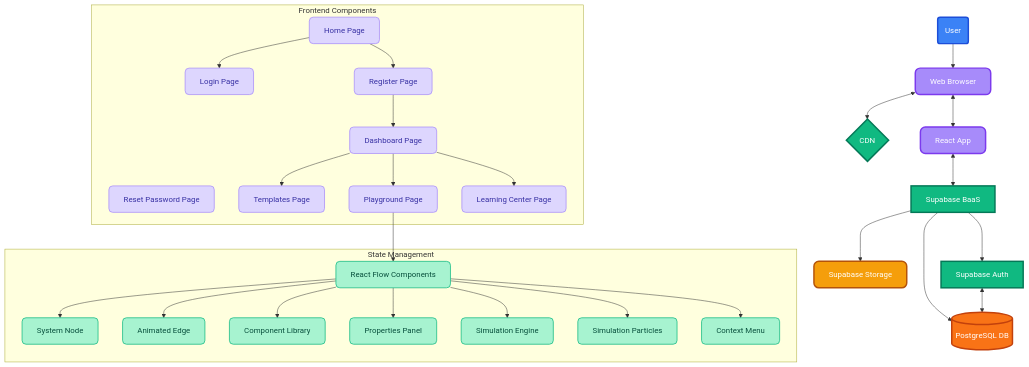
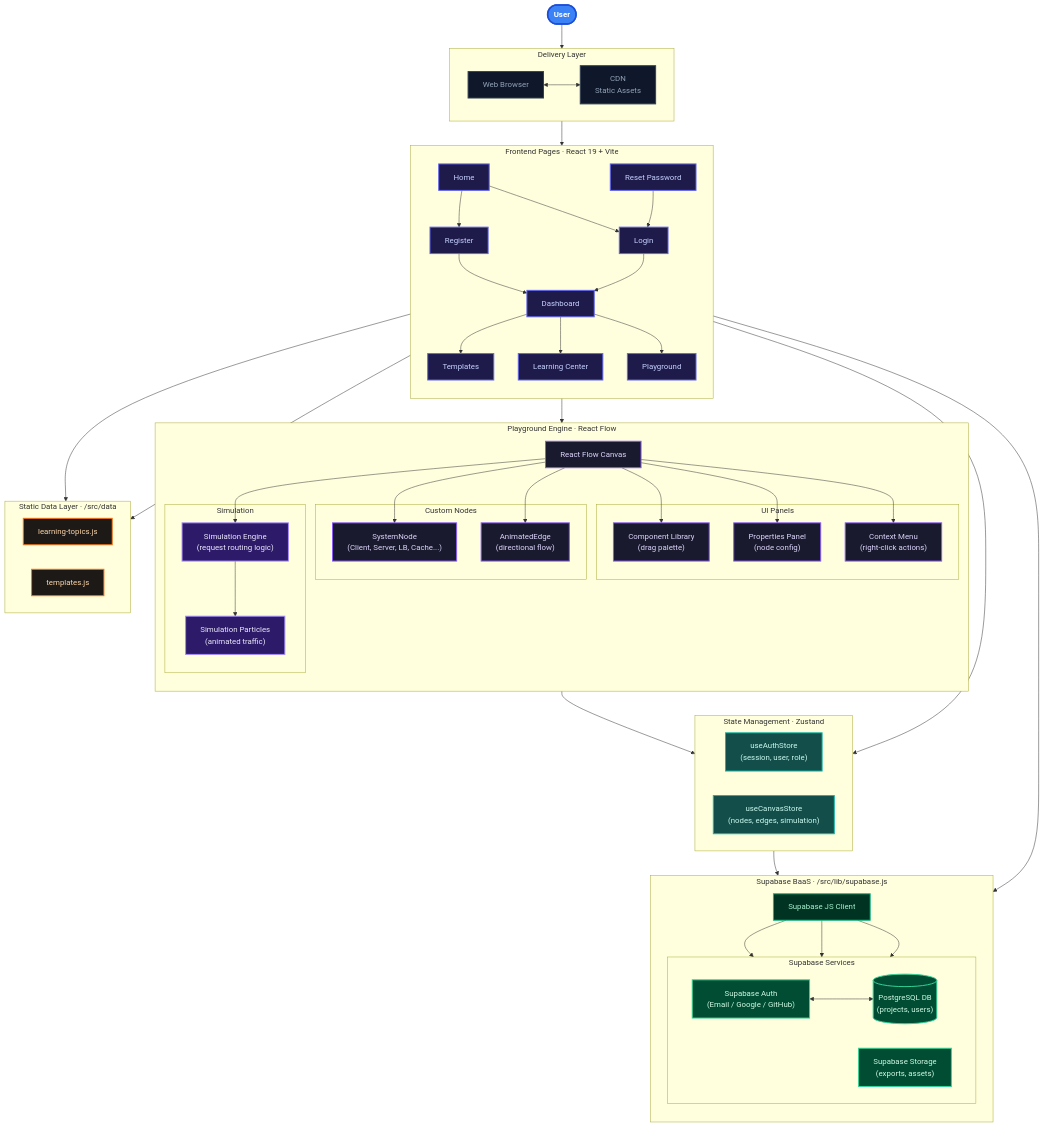
One commit to maheshshinde9100/SystemDesignLab changed the first of 2 diagrams in README.md. Above: the diagram before and after it, drawn with Mermaid. The commit also changed other lines of this file, not shown here.

Commit message:
mermaid diagrams enhancement

````diff
--- a/README.md
+++ b/README.md
@@ -31,90 +37,131 @@
 ```mermaid
 flowchart TB
-    User(User)
-    Browser[Web Browser]
-    CDN{CDN}
-    Browser <--> CDN
-    Browser <--> AppFrontend[React App]
-    AppFrontend <--> Supabase[Supabase BaaS]
-    Supabase --> Auth[Supabase Auth]
-    Supabase --> DB[(PostgreSQL DB)]
-    Supabase --> Storage[Supabase Storage]
-    Auth <--> DB
+    %% ── USER ENTRY ──────────────────────────────────────────────
+    User(["User"])
 
-    %% Apply new, colorful styles with thicker strokes and rounded corners where applicable
-    classDef mainUser fill:#3b82f6,stroke:#1d4ed8,stroke-width:3px,color:white;
-    classDef mainUI fill:#a78bfa,stroke:#7c3aed,stroke-width:3px,color:white,rx:10,ry:10;
-    classDef mainGCP fill:#10b981,stroke:#047857,stroke-width:3px,color:white;
-    classDef mainDB fill:#f97316,stroke:#c2410c,stroke-width:3px,color:white,shape:cylinder;
-    classDef mainStorage fill:#f59e0b,stroke:#b45309,stroke-width:3px,color:white,shape:rect,rx:10;
-    classDef subPage fill:#ddd6fe,stroke:#a78bfa,stroke-width:1.5px,color:#3730a3,rx:8,ry:8;
-    classDef subFlow fill:#a7f3d0,stroke:#10b981,stroke-width:1.5px,color:#064e3b,rx:8,ry:8;
-
-    %% Apply the styles to primary nodes
-    class User mainUser;
-    class Browser mainUI;
-    class CDN mainGCP;
-    class AppFrontend mainUI;
-    class Supabase mainGCP;
-    class Auth mainGCP;
-    class DB mainDB;
-    class Storage mainStorage;
-
-    subgraph Frontend_Group [Frontend Components]
-        Home[Home Page]
-        Login[Login Page]
-        Register[Register Page]
-        ResetPassword[Reset Password Page]
-        Dashboard[Dashboard Page]
-        Templates[Templates Page]
-        Playground[Playground Page]
-        LearningCenter[Learning Center Page]
-        
-        %% Style all frontend pages consistently
-        class Home subPage;
-        class Login subPage;
-        class Register subPage;
-        class ResetPassword subPage;
-        class Dashboard subPage;
-        class Templates subPage;
-        class Playground subPage;
-        class LearningCenter subPage;
+    %% ── DELIVERY LAYER ──────────────────────────────────────────
+    subgraph DELIVERY ["Delivery Layer"]
+        direction LR
+        CDN["CDN\nStatic Assets"]
+        Browser["Web Browser"]
     end
 
-    subgraph SM [State Management]
-        ReactFlow[React Flow Components]
-        SystemNode[System Node]
-        AnimatedEdge[Animated Edge]
-        ComponentLibrary[Component Library]
-        PropertiesPanel[Properties Panel]
-        SimulationEngine[Simulation Engine]
-        SimulationParticles[Simulation Particles]
-        ContextMenu[Context Menu]
-        
-        %% Style all logic and flow components consistently
-        class ReactFlow subFlow;
-        class SystemNode subFlow;
-        class AnimatedEdge subFlow;
-        class ComponentLibrary subFlow;
-        class PropertiesPanel subFlow;
-        class SimulationEngine subFlow;
-        class SimulationParticles subFlow;
-        class ContextMenu subFlow;
+    %% ── FRONTEND PAGES ──────────────────────────────────────────
+    subgraph PAGES ["Frontend Pages  ·  React 19 + Vite"]
+        direction TB
+        Home["Home"]
+        Login["Login"]
+        Register["Register"]
+        ResetPwd["Reset Password"]
+        Dashboard["Dashboard"]
+        Templates["Templates"]
+        Playground["Playground"]
+        LearningCenter["Learning Center"]
     end
 
+    %% ── STATE MANAGEMENT ────────────────────────────────────────
+    subgraph STATE ["State Management  ·  Zustand"]
+        direction LR
+        AuthStore["useAuthStore\n(session, user, role)"]
+        CanvasStore["useCanvasStore\n(nodes, edges, simulation)"]
+    end
+
+    %% ── PLAYGROUND ENGINE ───────────────────────────────────────
+    subgraph ENGINE ["Playground Engine  ·  React Flow"]
+        direction TB
+        ReactFlowCanvas["React Flow Canvas"]
+
+        subgraph NODES ["Custom Nodes"]
+            SystemNode["SystemNode\n(Client, Server, LB, Cache...)"]
+            AnimatedEdge["AnimatedEdge\n(directional flow)"]
+        end
+
+        subgraph PANELS ["UI Panels"]
+            ComponentLibrary["Component Library\n(drag palette)"]
+            PropertiesPanel["Properties Panel\n(node config)"]
+            ContextMenu["Context Menu\n(right-click actions)"]
+        end
+
+        subgraph SIM ["Simulation"]
+            SimulationEngine["Simulation Engine\n(request routing logic)"]
+            SimulationParticles["Simulation Particles\n(animated traffic)"]
+        end
+
+        ReactFlowCanvas --> SystemNode
+        ReactFlowCanvas --> AnimatedEdge
+        ReactFlowCanvas --> ComponentLibrary
+        ReactFlowCanvas --> PropertiesPanel
+        ReactFlowCanvas --> ContextMenu
+        ReactFlowCanvas --> SimulationEngine
+        SimulationEngine --> SimulationParticles
+    end
+
+    %% ── DATA LAYER ──────────────────────────────────────────────
+    subgraph DATA ["Static Data Layer  ·  /src/data"]
+        direction LR
+        LearningTopics["learning-topics.js"]
+        TemplatesData["templates.js"]
+    end
+
+    %% ── SUPABASE BACKEND ────────────────────────────────────────
+    subgraph SUPABASE ["Supabase BaaS  ·  /src/lib/supabase.js"]
+        direction TB
+        SupabaseClient["Supabase JS Client"]
+
+        subgraph SUPABASE_SERVICES ["Supabase Services"]
+            direction LR
+            SupaAuth["Supabase Auth\n(Email / Google / GitHub)"]
+            SupaDB[("PostgreSQL DB\n(projects, users)")]
+            SupaStorage["Supabase Storage\n(exports, assets)"]
+        end
+
+        SupabaseClient --> SupaAuth
+        SupabaseClient --> SupaDB
+        SupabaseClient --> SupaStorage
+        SupaAuth <--> SupaDB
+    end
+
+    %% ── CONNECTIONS ─────────────────────────────────────────────
     User --> Browser
+    Browser <--> CDN
+    Browser --> PAGES
+
     Home --> Login
     Home --> Register
     Register --> Dashboard
+    Login --> Dashboard
+    ResetPwd --> Login
     Dashboard --> Templates
     Dashboard --> LearningCenter
     Dashboard --> Playground
-    Playground --> ReactFlow
-    ReactFlow --> SystemNode
-    ReactFlow --> AnimatedEdge
-    ReactFlow --> ComponentLibrary
-    ReactFlow --> PropertiesPanel
-    ReactFlow --> SimulationEngine
-    ReactFlow --> SimulationParticles
-    ReactFlow --> ContextMenu
+
+    Playground --> ENGINE
+    LearningCenter --> LearningTopics
+    Templates --> TemplatesData
+
+    PAGES --> STATE
+    ENGINE --> CanvasStore
+    STATE --> SUPABASE
+    Dashboard --> SUPABASE
+
+    %% ── STYLES ──────────────────────────────────────────────────
+    classDef user        fill:#3b82f6,stroke:#1d4ed8,stroke-width:3px,color:#fff,font-weight:bold
+    classDef delivery    fill:#0f172a,stroke:#334155,stroke-width:2px,color:#94a3b8
+    classDef page        fill:#1e1b4b,stroke:#6366f1,stroke-width:2px,color:#c7d2fe
+    classDef state       fill:#134e4a,stroke:#14b8a6,stroke-width:2px,color:#ccfbf1
+    classDef engine      fill:#1a1a2e,stroke:#8b5cf6,stroke-width:2px,color:#ddd6fe
+    classDef simulation  fill:#2d1b69,stroke:#a78bfa,stroke-width:2px,color:#ede9fe
+    classDef data        fill:#1c1917,stroke:#f97316,stroke-width:2px,color:#fed7aa
+    classDef supabase    fill:#003322,stroke:#10b981,stroke-width:2px,color:#a7f3d0
+    classDef supaService fill:#004d33,stroke:#34d399,stroke-width:2px,color:#d1fae5
+
+    class User user
+    class CDN,Browser delivery
+    class Home,Login,Register,ResetPwd,Dashboard,Templates,Playground,LearningCenter page
+    class AuthStore,CanvasStore state
+    class ReactFlowCanvas,SystemNode,AnimatedEdge,ComponentLibrary,PropertiesPanel,ContextMenu engine
+    class SimulationEngine,SimulationParticles simulation
+    class LearningTopics,TemplatesData data
+    class SupabaseClient supabase
+    class SupaAuth,SupaDB,SupaStorage supaService
 ```
````
